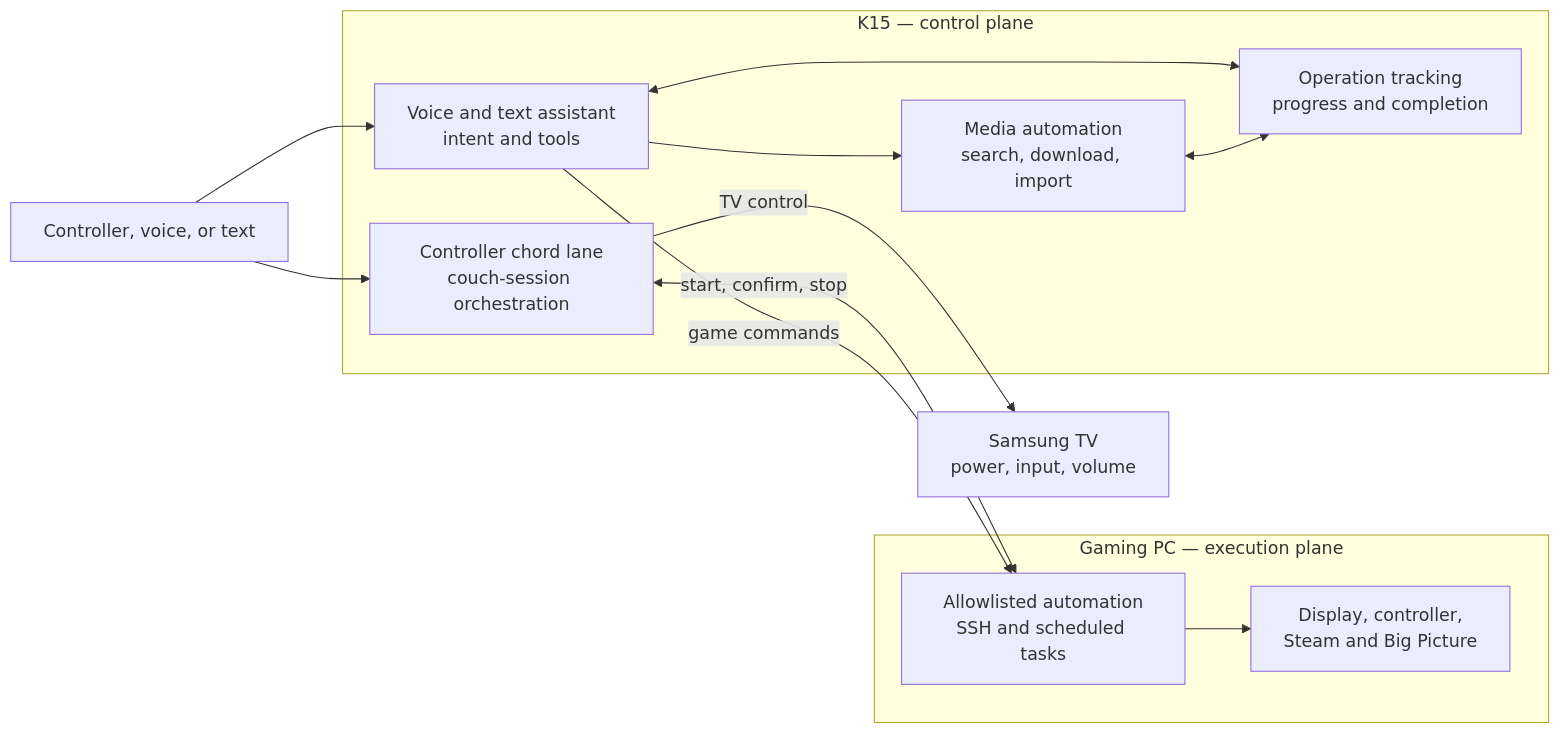
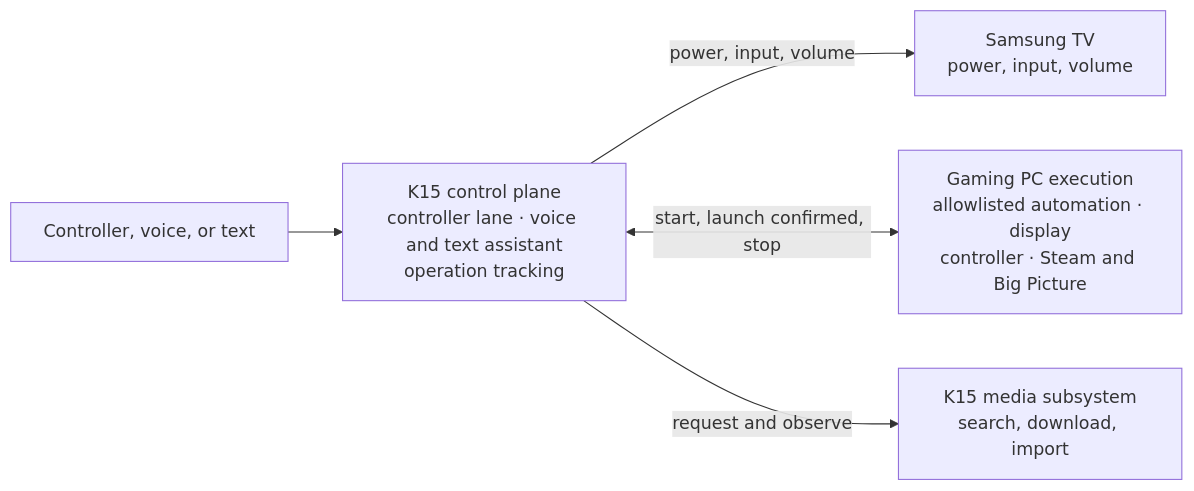
One commit to trillville/slopstation changed the first of 2 diagrams in README.md. Above: the diagram before and after it, drawn with Mermaid.

Commit message:
docs: focus system diagram on boundaries

````diff
--- a/README.md
+++ b/README.md
@@ -15,30 +15,13 @@
 ```mermaid
 flowchart LR
     user[Controller, voice, or text]
+    k15[K15 control plane<br/>controller lane · voice and text assistant<br/>operation tracking]
+    tv[Samsung TV<br/>power, input, volume]
+    pc[Gaming PC execution<br/>allowlisted automation · display<br/>controller · Steam and Big Picture]
+    media[K15 media subsystem<br/>search, download, import]
 
-    subgraph k15[K15 — control plane]
-        chord[Controller chord lane<br/>couch-session orchestration]
-        voice[Voice and text assistant<br/>intent and tools]
-        ops[Operation tracking<br/>progress and completion]
-        media[Media automation<br/>search, download, import]
-
-        voice <--> ops
-        voice --> media
-        media <--> ops
-    end
-
-    subgraph pc[Gaming PC — execution plane]
-        automation[Allowlisted automation<br/>SSH and scheduled tasks]
-        gaming[Display, controller,<br/>Steam and Big Picture]
-
-        automation --> gaming
-    end
-
-    tv[Samsung TV<br/>power, input, volume]
-
-    user --> chord
-    user --> voice
-    chord -->|TV control| tv
-    chord <-->|start, confirm, stop| automation
-    voice -->|game commands| automation
+    user --> k15
+    k15 -->|power, input, volume| tv
+    k15 <-->|start, launch confirmed, stop| pc
+    k15 -->|request and observe| media
 ```
````
